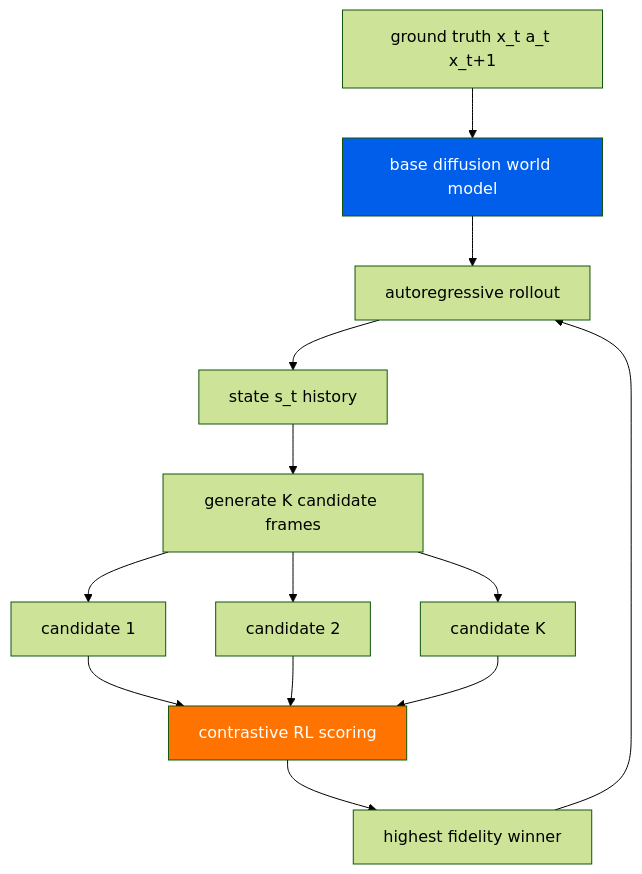
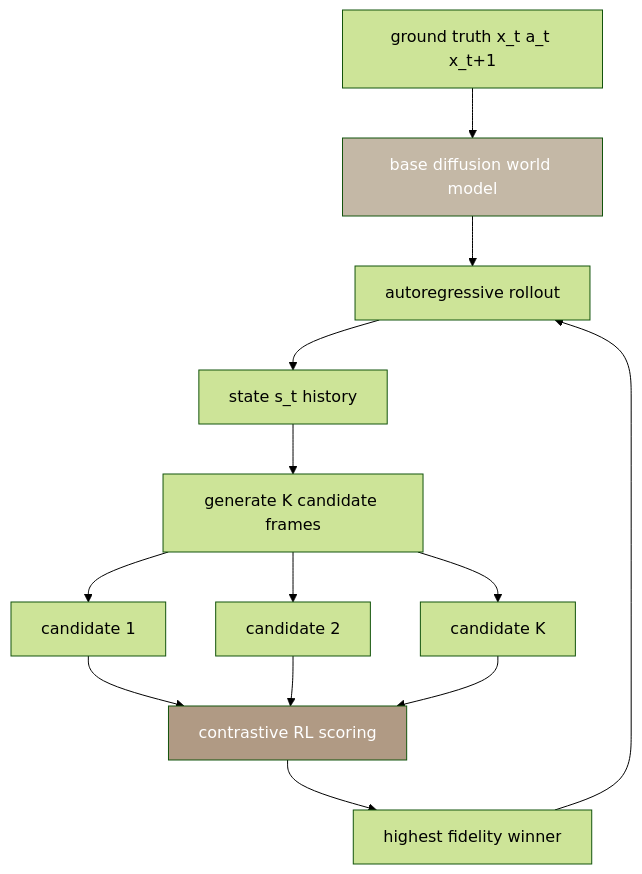
Before and after one commit to bopi-bot/bopi-research: the diagram in _digests/2603.25685.md, drawn with Mermaid (forest theme). The commit also changed 6 other files, not shown here.

Commit message:
mermaid diagrams: earthy brown/gray palette instead of bright blue/orange

````diff
--- a/_digests/2603.25685.md
+++ b/_digests/2603.25685.md
@@ -23,18 +23,18 @@
 ```mermaid
 flowchart TD
     gt[ground truth x_t a_t x_t+1] --> Base[base diffusion world model]
     Base --> Roll[autoregressive rollout]
     Roll --> state[state s_t history]
     state --> Gen[generate K candidate frames]
     Gen --> c1[candidate 1]
     Gen --> c2[candidate 2]
     Gen --> ck[candidate K]
     c1 --> RL[contrastive RL scoring]
     c2 --> RL
     ck --> RL
     RL --> best[highest fidelity winner]
     best --> Roll
     
-    style Base fill:#005EEA,color:#fff
-    style RL fill:#FF7400,color:#fff
+    style Base fill:#c4b8a6,color:#fff
+    style RL fill:#b09a84,color:#fff
 ```
````
